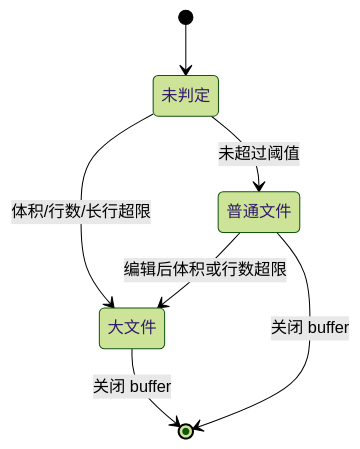
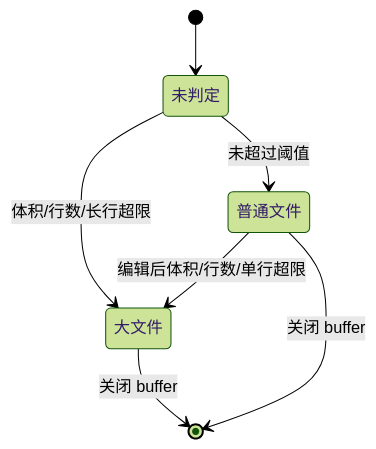
One commit to zaggerj/nvim_config changed the second of 3 diagrams in docs/design.md. Above: the diagram before and after it, drawn with Mermaid (forest theme). The commit also changed other lines of this file and 40 other files, not shown here.

````diff
--- a/docs/design.md
+++ b/docs/design.md
@@ -144,9 +147,9 @@
 ```mermaid
 stateDiagram-v2
     [*] --> 未判定
     未判定 --> 普通文件: 未超过阈值
     未判定 --> 大文件: 体积/行数/长行超限
-    普通文件 --> 大文件: 编辑后体积或行数超限
+    普通文件 --> 大文件: 编辑后体积/行数/单行超限
     大文件 --> [*]: 关闭 buffer
     普通文件 --> [*]: 关闭 buffer
 ```
````
